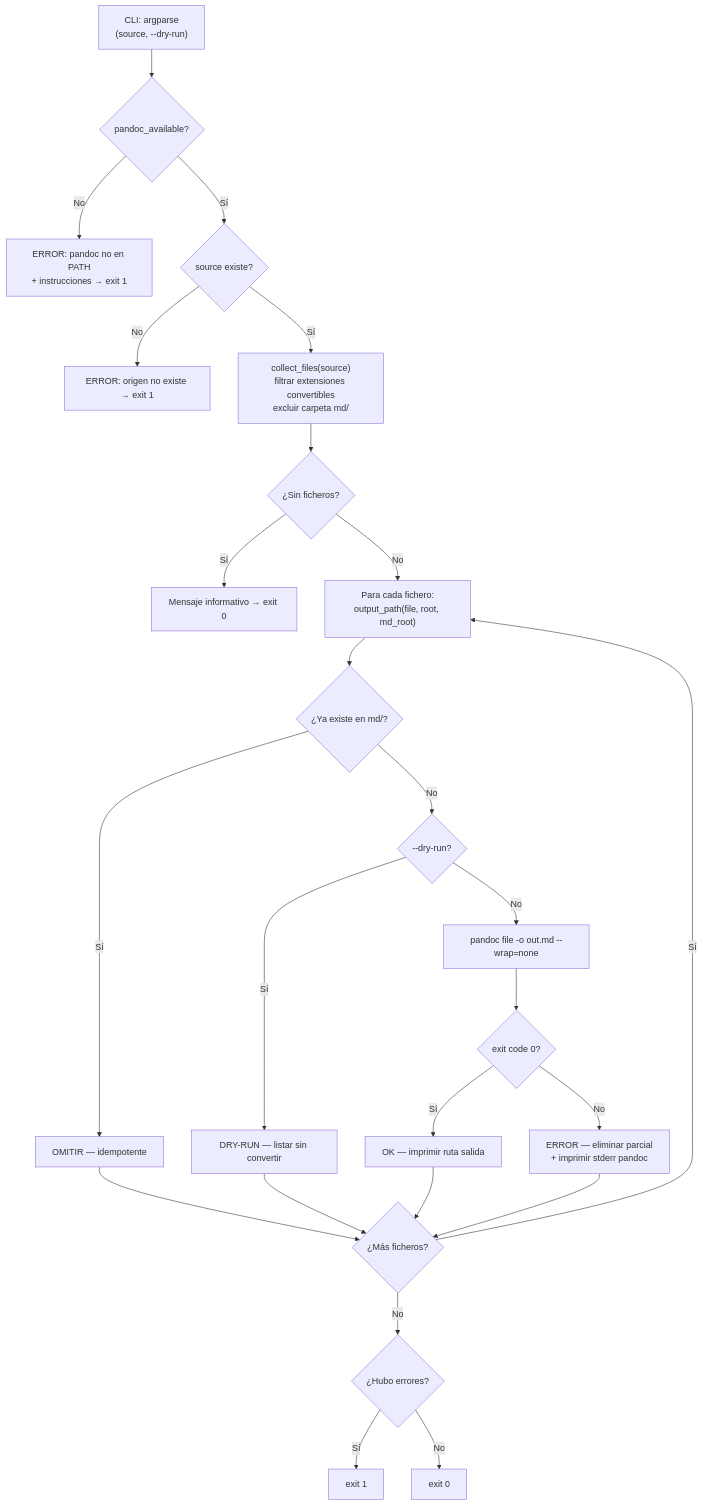
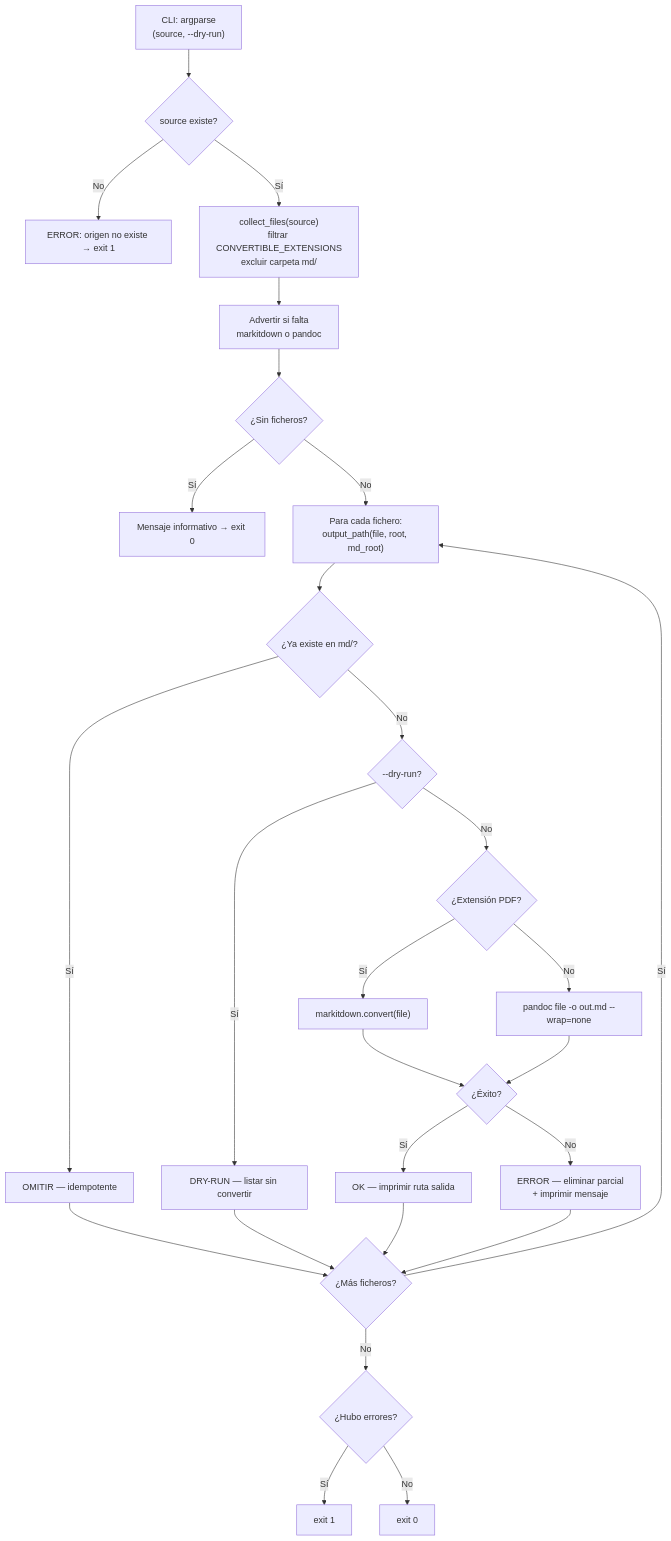
Before and after one commit to fmanza/doc_ia: the diagram in docs/api/convert_to_md.md, drawn with Mermaid. The commit also changed other lines of this file and 10 other files, not shown here.

````diff
--- a/docs/api/convert_to_md.md
+++ b/docs/api/convert_to_md.md
@@ -7,24 +7,26 @@
 ```mermaid
 flowchart TD
-    CLI["CLI: argparse\n(source, --dry-run)"] --> PA{pandoc_available?}
-    PA -- No --> ERR1["ERROR: pandoc no en PATH\n+ instrucciones → exit 1"]
-    PA -- Sí --> SE{source existe?}
+    CLI["CLI: argparse\n(source, --dry-run)"] --> SE{source existe?}
     SE -- No --> ERR2["ERROR: origen no existe → exit 1"]
-    SE -- Sí --> CF["collect_files(source)\nfiltrar extensiones convertibles\nexcluir carpeta md/"]
-    CF --> EMPTY{¿Sin ficheros?}
+    SE -- Sí --> CF["collect_files(source)\nfiltrar CONVERTIBLE_EXTENSIONS\nexcluir carpeta md/"]
+    CF --> WARN["Advertir si falta\nmarkitdown o pandoc"]
+    WARN --> EMPTY{¿Sin ficheros?}
     EMPTY -- Sí --> OK0["Mensaje informativo → exit 0"]
     EMPTY -- No --> LOOP["Para cada fichero:\noutput_path(file, root, md_root)"]
     LOOP --> EXISTS{¿Ya existe en md/?}
     EXISTS -- Sí --> SKIP["OMITIR — idempotente"]
     EXISTS -- No --> DRY{--dry-run?}
     DRY -- Sí --> DRYOUT["DRY-RUN — listar sin convertir"]
-    DRY -- No --> PAN["pandoc file -o out.md --wrap=none"]
-    PAN --> RES{exit code 0?}
+    DRY -- No --> EXT{¿Extensión PDF?}
+    EXT -- Sí --> MIT["markitdown.convert(file)"]
+    EXT -- No --> PAN["pandoc file -o out.md --wrap=none"]
+    MIT --> RES{¿Éxito?}
+    PAN --> RES
     RES -- Sí --> OKFILE["OK — imprimir ruta salida"]
-    RES -- No --> ERRFILE["ERROR — eliminar parcial\n+ imprimir stderr pandoc"]
+    RES -- No --> ERRFILE["ERROR — eliminar parcial\n+ imprimir mensaje"]
     SKIP & DRYOUT & OKFILE & ERRFILE --> MORE{¿Más ficheros?}
     MORE -- Sí --> LOOP
     MORE -- No --> FINAL{¿Hubo errores?}
     FINAL -- Sí --> EXIT1["exit 1"]
     FINAL -- No --> EXIT0["exit 0"]
 ```
````
